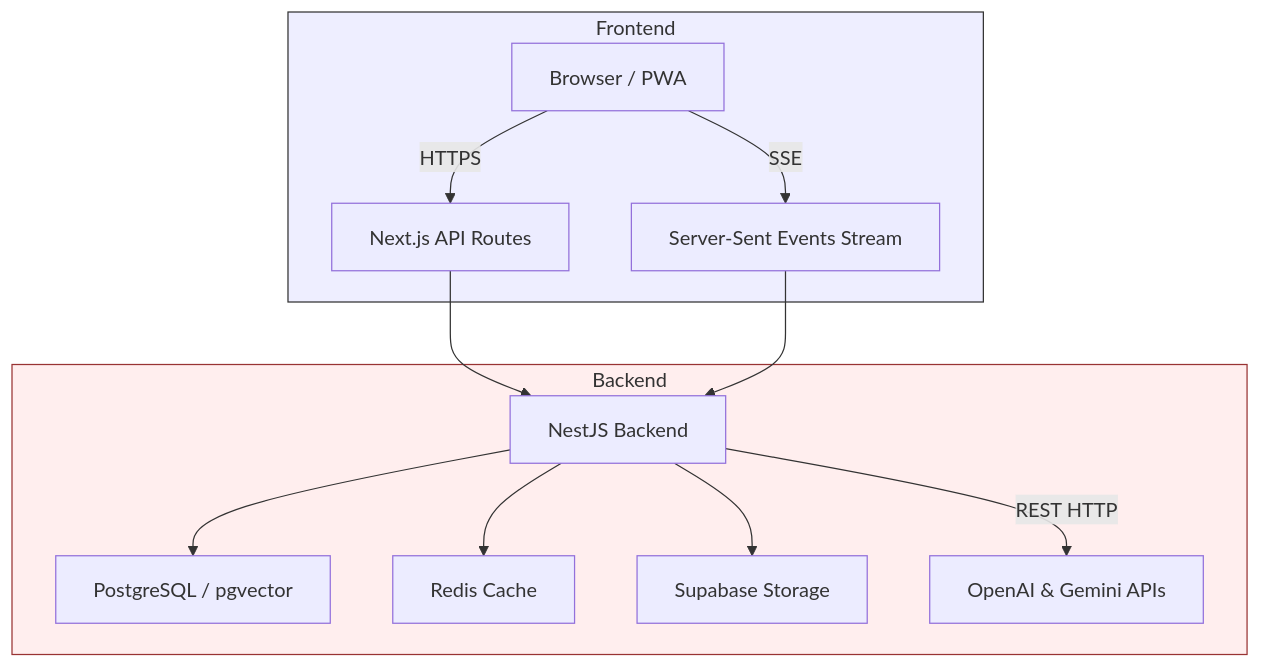
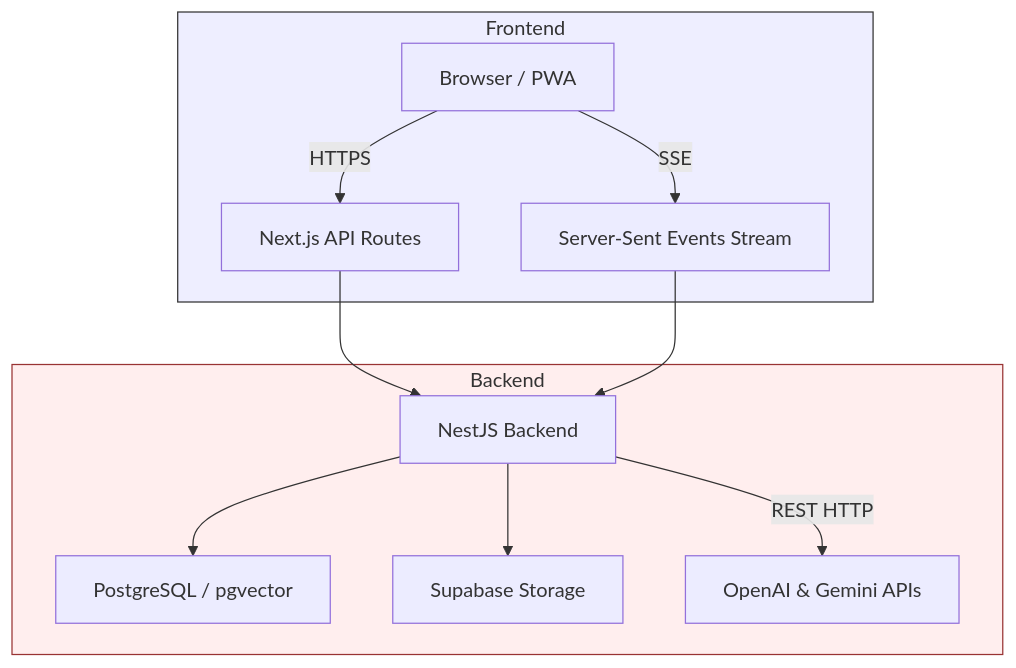
One commit to Matthew11012/mandareen changed the diagram in README.md. Above: the diagram before and after it, drawn with Mermaid. The commit also changed other lines of this file, not shown here.

````diff
--- a/README.md
+++ b/README.md
@@ -137,18 +137,17 @@
 ```mermaid
 graph TD
   subgraph Frontend
     A[Browser / PWA]
     A -->|HTTPS| B[Next.js API Routes]
     A -->|SSE| H[Server-Sent Events Stream]
   end
   subgraph Backend
     B --> C[NestJS Backend]
     H --> C
     C --> D[PostgreSQL / pgvector]
-    C --> E[Redis Cache]
     C --> F[Supabase Storage]
     C -->|REST HTTP| G[OpenAI & Gemini APIs]
   end
   style Frontend fill:#eef,stroke:#333,stroke-width:1px
   style Backend fill:#fee,stroke:#933,stroke-width:1px
 ```
````
